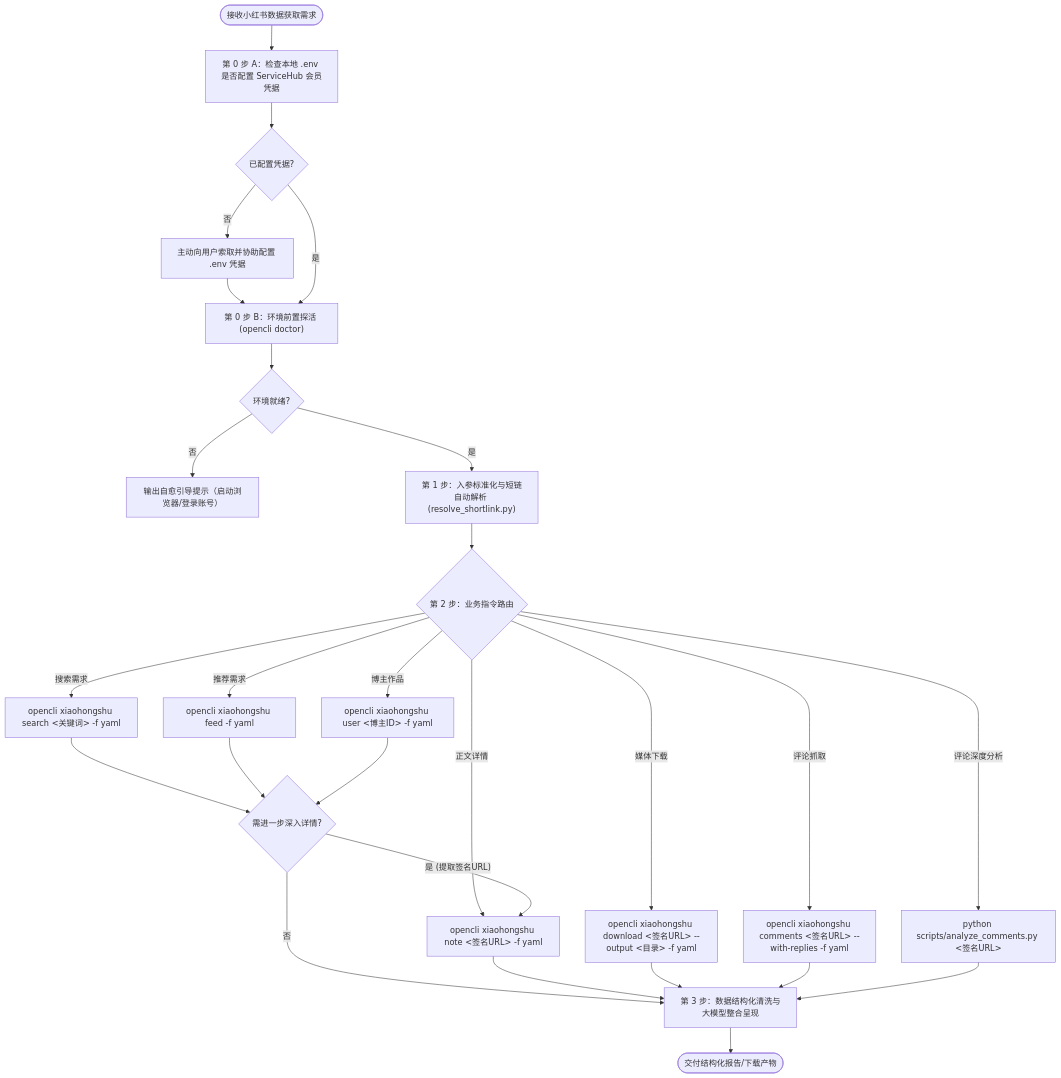
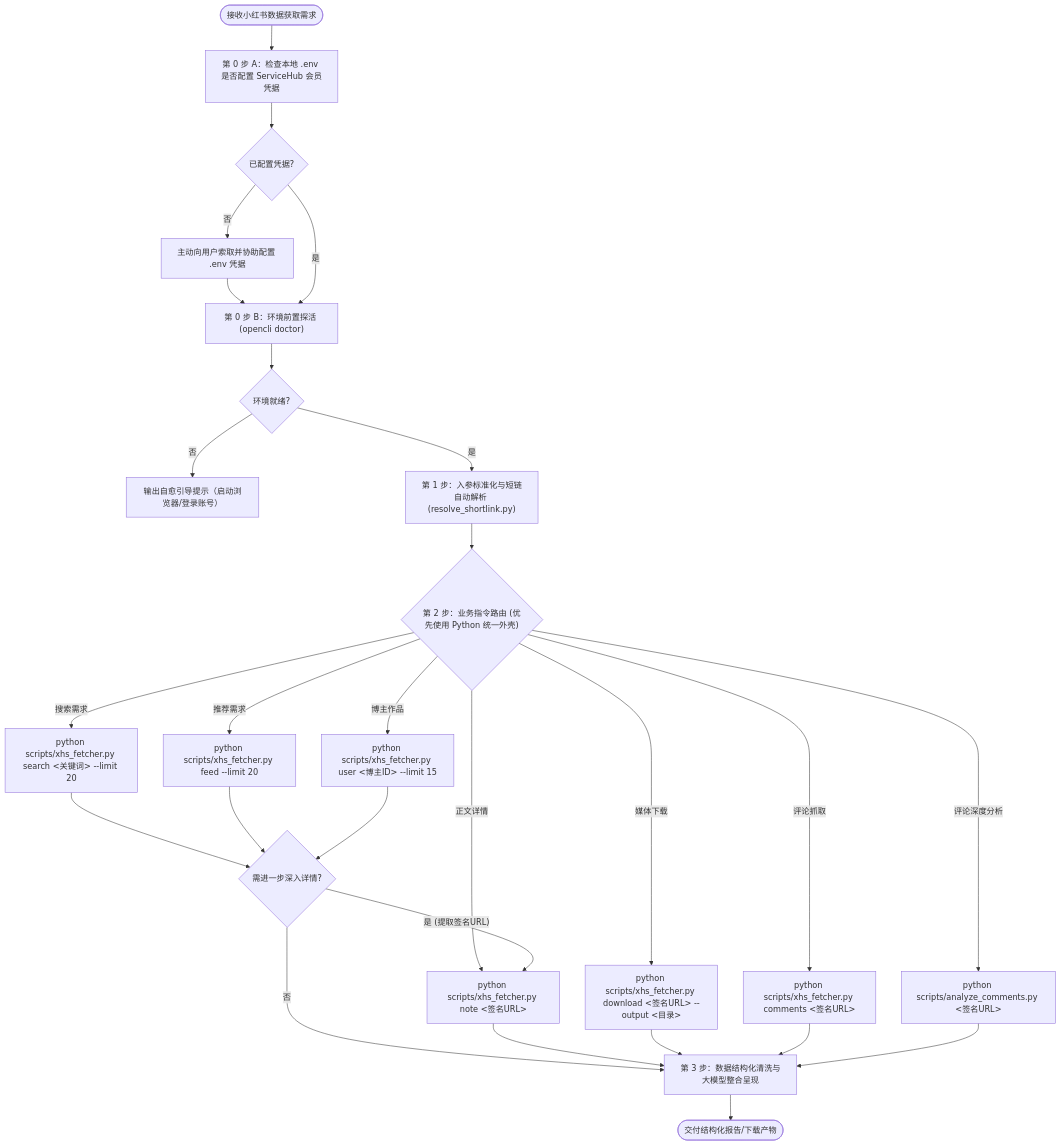
The diagram in SKILL.md (JasonCai2024/skill-xiaohongshu-opencli-fetcher), drawn with Mermaid before and after one commit. The commit also changed other lines of this file and 1 other file, not shown here.

Commit message:
docs: standardize SKILL.md and commands reference around python scripts/xhs_fetcher.py entrypoint

````diff
--- a/SKILL.md
+++ b/SKILL.md
@@ -30,31 +30,31 @@
 ```mermaid
 flowchart TD
     Start(["接收小红书数据获取需求"]) --> AuthCheck["第 0 步 A：检查本地 .env 是否配置 ServiceHub 会员凭据"]
     AuthCheck --> HasAuth{"已配置凭据?"}
     HasAuth -->|"否"| PromptAuth["主动向用户索取并协助配置 .env 凭据"]
     PromptAuth --> Preflight
     HasAuth -->|"是"| Preflight["第 0 步 B：环境前置探活 (opencli doctor)"]
     
     Preflight --> CheckHealth{"环境就绪?"}
     CheckHealth -->|"否"| GuideUser["输出自愈引导提示（启动浏览器/登录账号）"]
     CheckHealth -->|"是"| Normalize["第 1 步：入参标准化与短链自动解析 (resolve_shortlink.py)"]
     
-    Normalize --> Route{"第 2 步：业务指令路由"}
-    Route -->|"搜索需求"| RunSearch["opencli xiaohongshu search <关键词> -f yaml"]
-    Route -->|"推荐需求"| RunFeed["opencli xiaohongshu feed -f yaml"]
-    Route -->|"博主作品"| RunUser["opencli xiaohongshu user <博主ID> -f yaml"]
-    Route -->|"正文详情"| RunNote["opencli xiaohongshu note <签名URL> -f yaml"]
-    Route -->|"媒体下载"| RunDownload["opencli xiaohongshu download <签名URL> --output <目录> -f yaml"]
-    Route -->|"评论抓取"| RunComments["opencli xiaohongshu comments <签名URL> --with-replies -f yaml"]
+    Normalize --> Route{"第 2 步：业务指令路由 (优先使用 Python 统一外壳)"}
+    Route -->|"搜索需求"| RunSearch["python scripts/xhs_fetcher.py search <关键词> --limit 20"]
+    Route -->|"推荐需求"| RunFeed["python scripts/xhs_fetcher.py feed --limit 20"]
+    Route -->|"博主作品"| RunUser["python scripts/xhs_fetcher.py user <博主ID> --limit 15"]
+    Route -->|"正文详情"| RunNote["python scripts/xhs_fetcher.py note <签名URL>"]
+    Route -->|"媒体下载"| RunDownload["python scripts/xhs_fetcher.py download <签名URL> --output <目录>"]
+    Route -->|"评论抓取"| RunComments["python scripts/xhs_fetcher.py comments <签名URL>"]
     Route -->|"评论深度分析"| RunAnalyze["python scripts/analyze_comments.py <签名URL>"]
     
     RunSearch & RunFeed & RunUser --> DrillDown{"需进一步深入详情?"}
     DrillDown -->|"是 (提取签名URL)"| RunNote
     DrillDown -->|"否"| FormatResult
     RunNote --> FormatResult["第 3 步：数据结构化清洗与大模型整合呈现"]
     RunDownload --> FormatResult
     RunComments --> FormatResult
     RunAnalyze --> FormatResult
     
     FormatResult --> End(["交付结构化报告/下载产物"])
 ```
````
